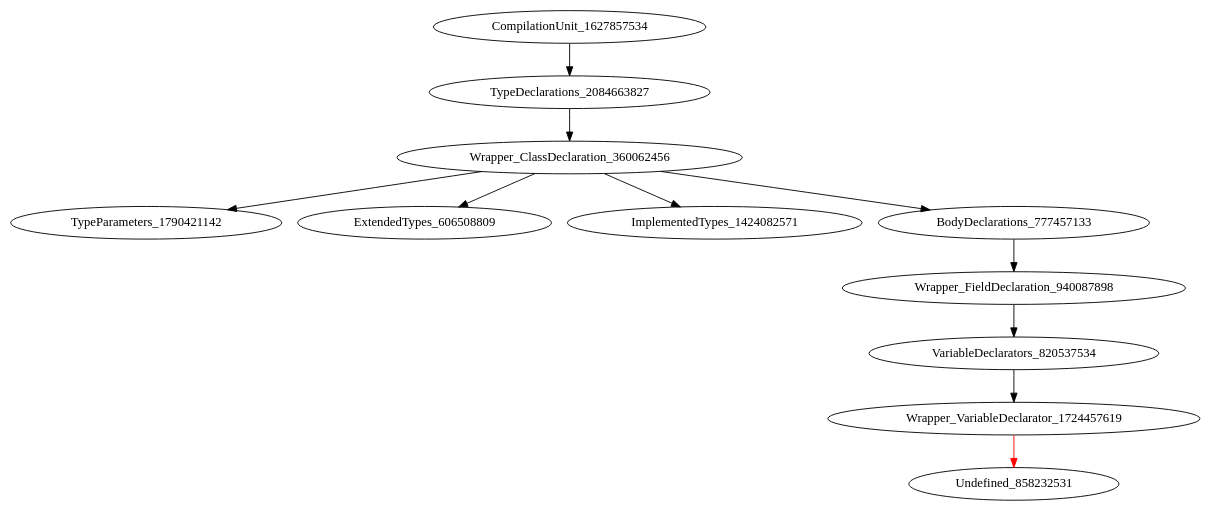
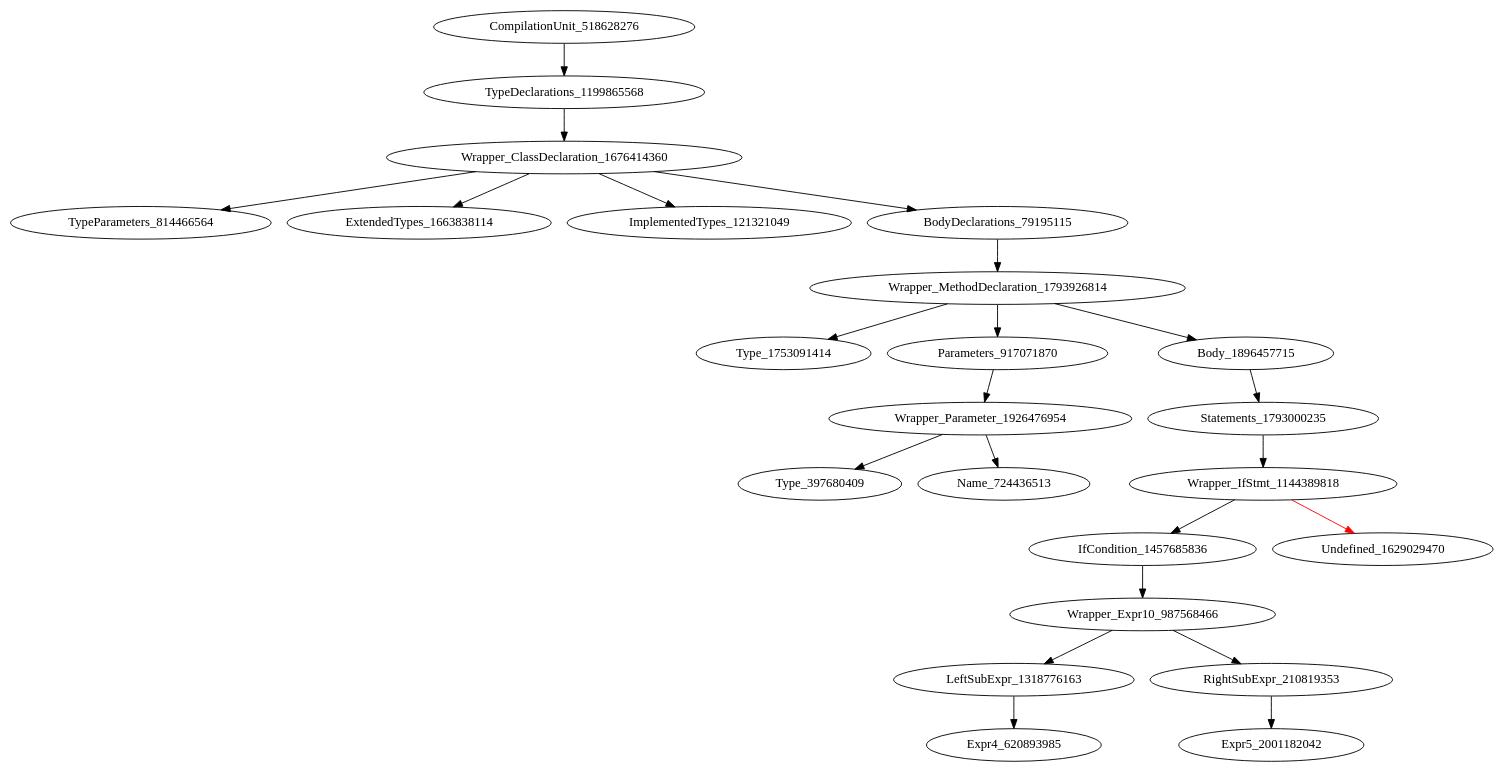
Before and after one commit to icse2023material/VoiceJava: the diagram in holeAST.dot, drawn with Graphviz. The commit also changed 188 other files, not shown here.

```diff
--- a/holeAST.dot
+++ b/holeAST.dot
@@ -1,12 +1,24 @@
 digraph {
-CompilationUnit_1627857534 -> TypeDeclarations_2084663827
-TypeDeclarations_2084663827 -> Wrapper_ClassDeclaration_360062456
-Wrapper_ClassDeclaration_360062456 -> TypeParameters_1790421142
-Wrapper_ClassDeclaration_360062456 -> ExtendedTypes_606508809
-Wrapper_ClassDeclaration_360062456 -> ImplementedTypes_1424082571
-Wrapper_ClassDeclaration_360062456 -> BodyDeclarations_777457133
-BodyDeclarations_777457133 -> Wrapper_FieldDeclaration_940087898
-Wrapper_FieldDeclaration_940087898 -> VariableDeclarators_820537534
-VariableDeclarators_820537534 -> Wrapper_VariableDeclarator_1724457619
-Wrapper_VariableDeclarator_1724457619 -> Undefined_858232531 [color = red] 
+CompilationUnit_518628276 -> TypeDeclarations_1199865568
+TypeDeclarations_1199865568 -> Wrapper_ClassDeclaration_1676414360
+Wrapper_ClassDeclaration_1676414360 -> TypeParameters_814466564
+Wrapper_ClassDeclaration_1676414360 -> ExtendedTypes_1663838114
+Wrapper_ClassDeclaration_1676414360 -> ImplementedTypes_121321049
+Wrapper_ClassDeclaration_1676414360 -> BodyDeclarations_79195115
+BodyDeclarations_79195115 -> Wrapper_MethodDeclaration_1793926814
+Wrapper_MethodDeclaration_1793926814 -> Type_1753091414
+Wrapper_MethodDeclaration_1793926814 -> Parameters_917071870
+Wrapper_MethodDeclaration_1793926814 -> Body_1896457715
+Parameters_917071870 -> Wrapper_Parameter_1926476954
+Body_1896457715 -> Statements_1793000235
+Wrapper_Parameter_1926476954 -> Type_397680409
+Wrapper_Parameter_1926476954 -> Name_724436513
+Statements_1793000235 -> Wrapper_IfStmt_1144389818
+Wrapper_IfStmt_1144389818 -> IfCondition_1457685836
+Wrapper_IfStmt_1144389818 -> Undefined_1629029470 [color = red] 
+IfCondition_1457685836 -> Wrapper_Expr10_987568466
+Wrapper_Expr10_987568466 -> LeftSubExpr_1318776163
+Wrapper_Expr10_987568466 -> RightSubExpr_210819353
+LeftSubExpr_1318776163 -> Expr4_620893985
+RightSubExpr_210819353 -> Expr5_2001182042
 }
```
